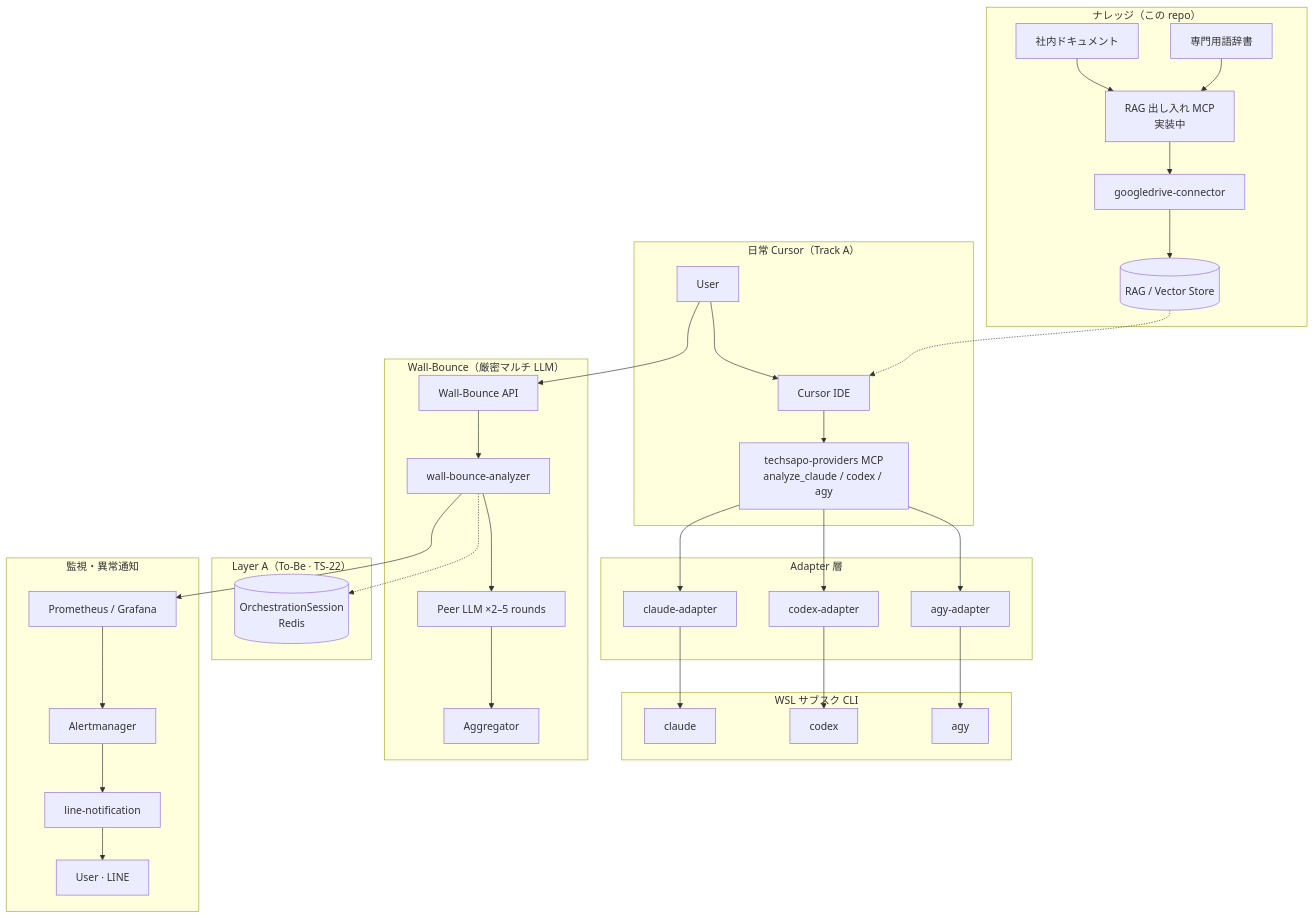
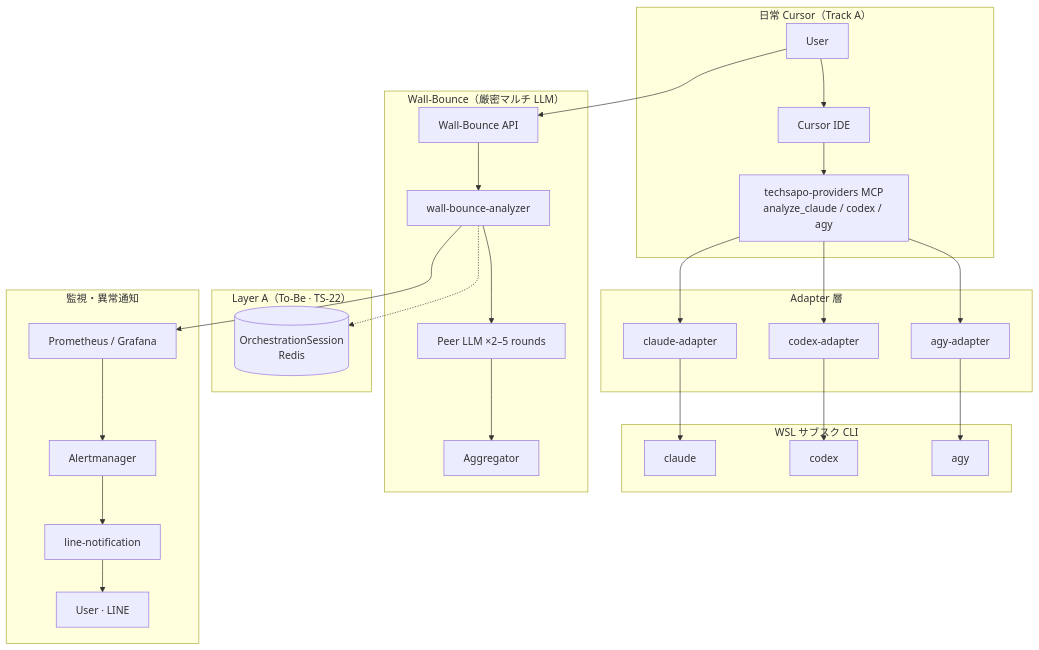
Before and after one commit to wombat2006/techdev-cursor: the diagram in README.md, drawn with Mermaid. The commit also changed other lines of this file and 1 other file, not shown here.

First line of the commit message:
docs: center README on multi-LLM wall-bounce, drop RAG from diagram

````diff
--- a/README.md
+++ b/README.md
@@ -39,59 +39,47 @@
 ```mermaid
 flowchart TB
   subgraph trackA["日常 Cursor（Track A）"]
     U1[User]
     CUR[Cursor IDE]
     MCP[techsapo-providers MCP<br/>analyze_claude / codex / agy]
-  end
-
-  subgraph knowledge["ナレッジ（この repo）"]
-    DOCS[社内ドキュメント]
-    DICT[専門用語辞書]
-    RAGIO[RAG 出し入れ MCP<br/>実装中]
-    GD[googledrive-connector]
-    VS[(RAG / Vector Store)]
   end
 
   subgraph adapters["Adapter 層"]
     AD1[claude-adapter]
     AD2[codex-adapter]
     AD3[agy-adapter]
   end
 
   subgraph cli["WSL サブスク CLI"]
     CL[claude]
     CX[codex]
     AG[agy]
   end
 
   subgraph wb["Wall-Bounce（厳密マルチ LLM）"]
     API[Wall-Bounce API]
     WBA[wall-bounce-analyzer]
     PEER[Peer LLM ×2–5 rounds]
     AGG[Aggregator]
   end
 
   subgraph mem["Layer A（To-Be · TS-22）"]
     REDIS[(OrchestrationSession<br/>Redis)]
   end
 
   subgraph mon["監視・異常通知"]
     PROM[Prometheus / Grafana]
     AM[Alertmanager]
     LN[line-notification]
     U2[User · LINE]
   end
 
   U1 --> CUR --> MCP
   MCP --> AD1 & AD2 & AD3
   AD1 --> CL
   AD2 --> CX
   AD3 --> AG
-  DOCS --> RAGIO
-  DICT --> RAGIO
-  RAGIO --> GD --> VS
-  VS -.-> CUR
   U1 --> API --> WBA --> PEER --> AGG
   WBA -.-> REDIS
   WBA --> PROM --> AM --> LN --> U2
 ```
````
